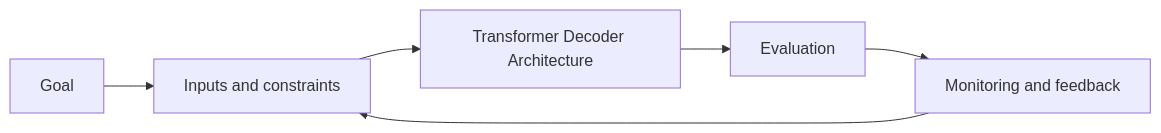
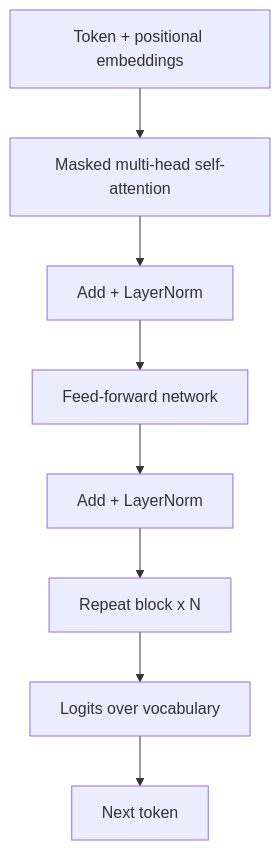
One commit to Icon1cc/Machine-Learning changed the diagram in llms/03-transformer-decoder-architecture.md. Above: the diagram before and after it, drawn with Mermaid. The commit also changed other lines of this file and 118 other files, not shown here.

````diff
--- a/llms/03-transformer-decoder-architecture.md
+++ b/llms/03-transformer-decoder-architecture.md
@@ -93,8 +73,10 @@
 ```mermaid
-flowchart LR
-    A[Goal] --> B[Inputs and constraints]
-    B --> C[Transformer Decoder Architecture]
-    C --> D[Evaluation]
-    D --> E[Monitoring and feedback]
-    E --> B
+flowchart TD
+    A[Token + positional embeddings] --> B[Masked multi-head self-attention]
+    B --> C[Add + LayerNorm]
+    C --> D[Feed-forward network]
+    D --> E[Add + LayerNorm]
+    E --> F[Repeat block x N]
+    F --> G[Logits over vocabulary]
+    G --> H[Next token]
 ```
````
